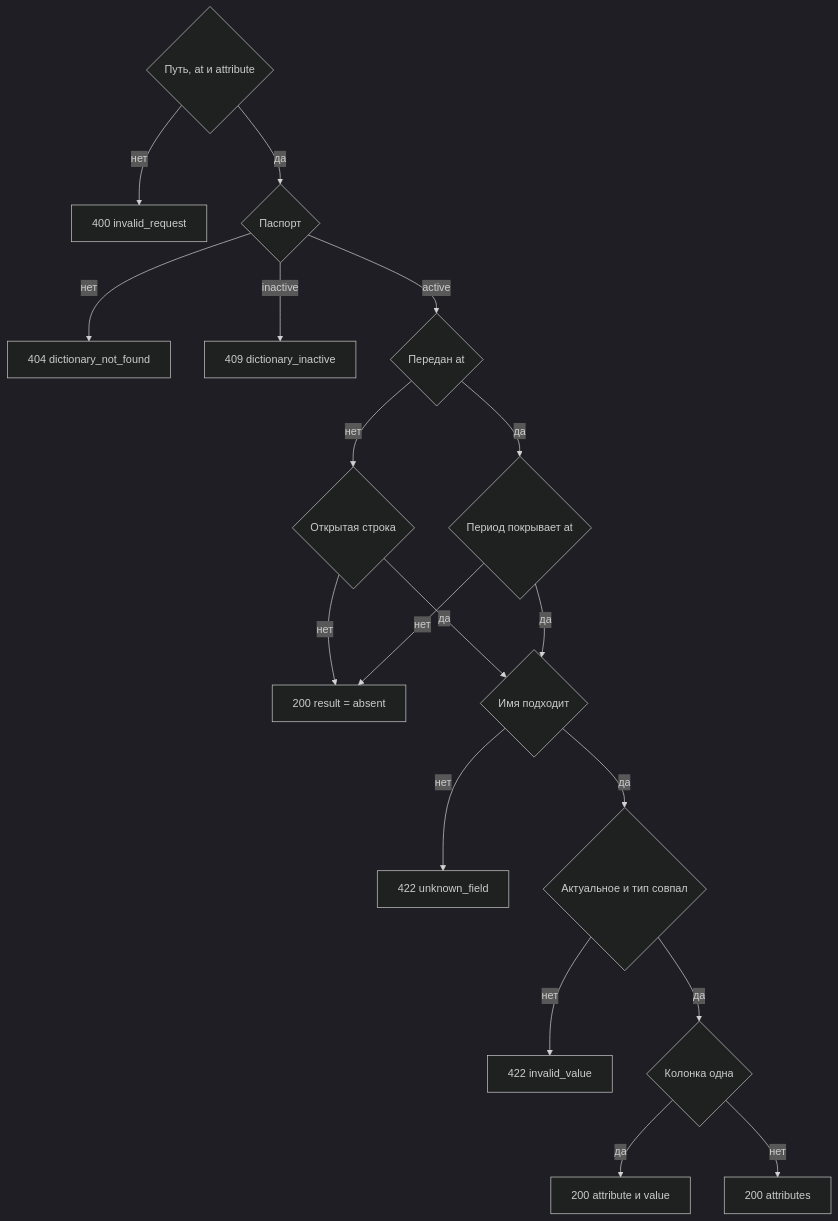
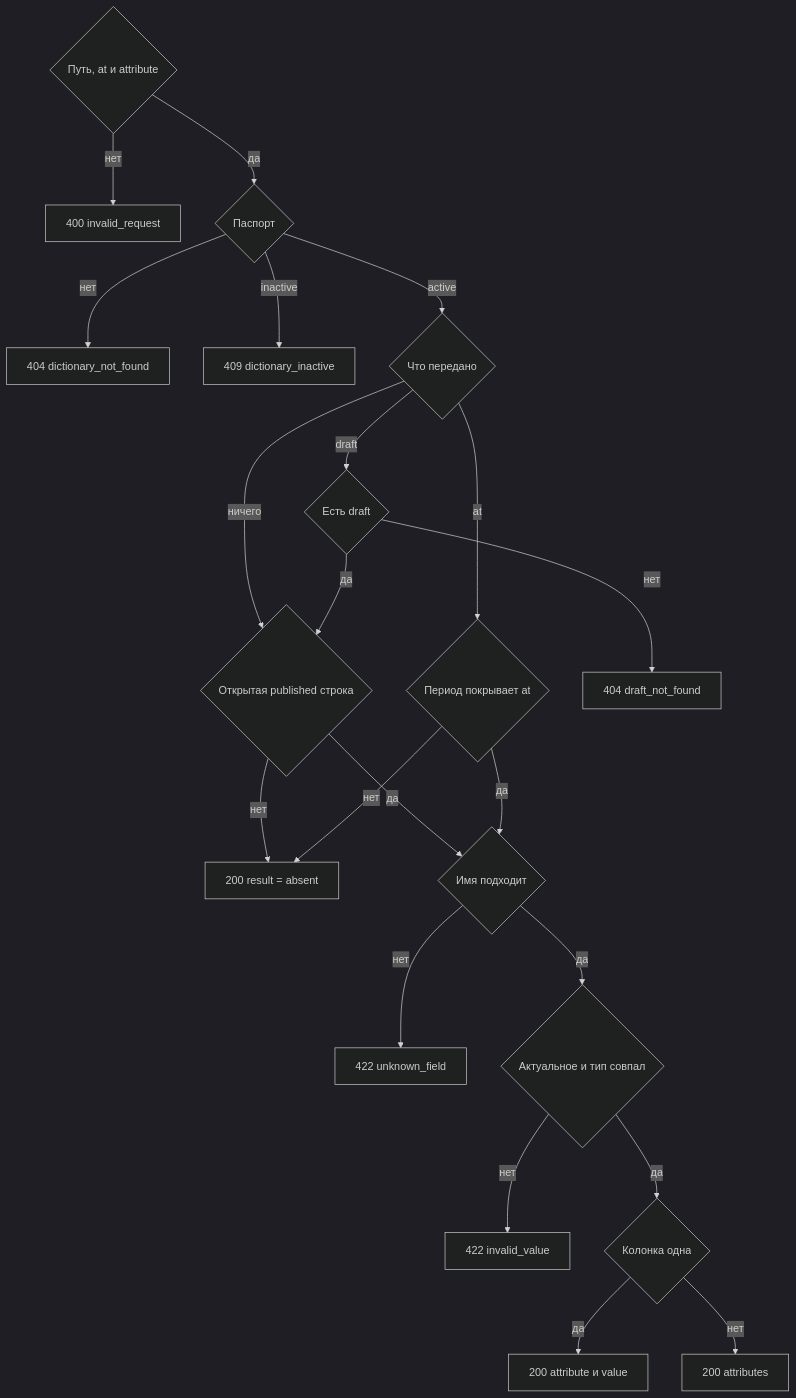
Before and after one commit to StrannikE95/reference_data: the diagram in docs/1. functional/specification/v2 - 1 таблица/api/service.api/DataController/get_value.md, drawn with Mermaid (dark theme). The commit also changed other lines of this file and 14 other files, not shown here.

````diff
--- a/docs/1. functional/specification/v2 - 1 таблица/api/service.api/DataController/get_value.md
+++ b/docs/1. functional/specification/v2 - 1 таблица/api/service.api/DataController/get_value.md
@@ -87,20 +105,23 @@
 ```mermaid
 flowchart TD
   fmt{"Путь, at и attribute"} -->|нет| bad["400 invalid_request"]
   fmt -->|да| found{"Паспорт"}
   found -->|нет| miss["404 dictionary_not_found"]
   found -->|inactive| off["409 dictionary_inactive"]
-  found -->|active| mode{"Передан at"}
-  mode -->|нет| open{"Открытая строка"}
-  mode -->|да| moment{"Период покрывает at"}
+  found -->|active| mode{"Что передано"}
+  mode -->|ничего| open{"Открытая published строка"}
+  mode -->|at| moment{"Период покрывает at"}
+  mode -->|draft| dver{"Есть draft"}
+  dver -->|нет| noDraft["404 draft_not_found"]
+  dver -->|да| open
   open -->|нет| abs["200 result = absent"]
   moment -->|нет| abs
   open -->|да| name{"Имя подходит"}
   moment -->|да| name
   name -->|нет| unk["422 unknown_field"]
   name -->|да| typ{"Актуальное и тип совпал"}
   typ -->|нет| badType["422 invalid_value"]
   typ -->|да| one{"Колонка одна"}
   one -->|да| scalar["200 attribute и value"]
   one -->|нет| map["200 attributes"]
 ```
````
